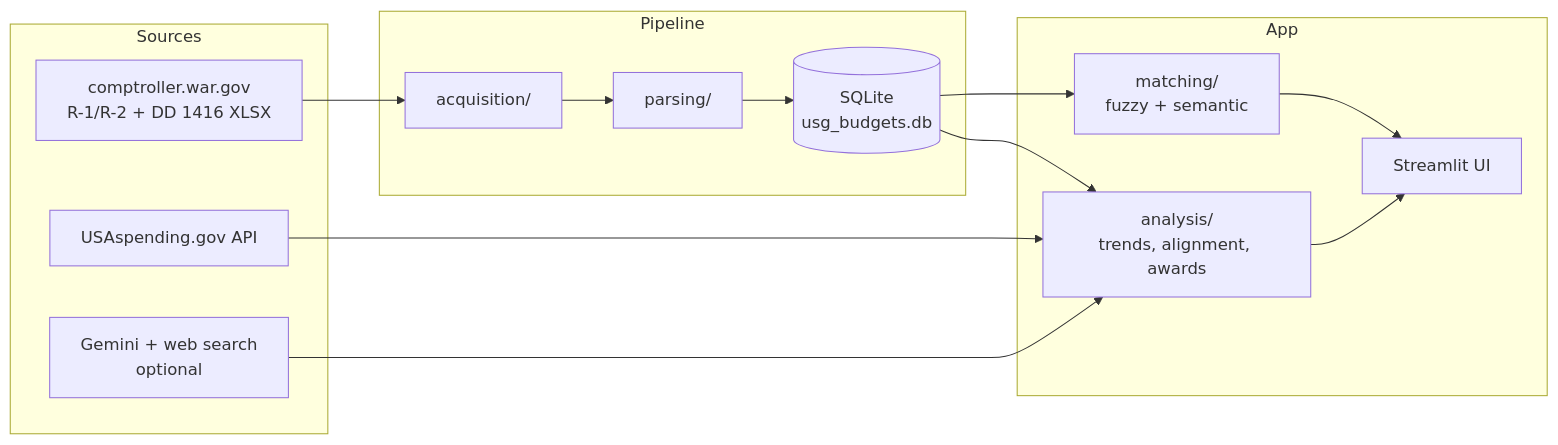
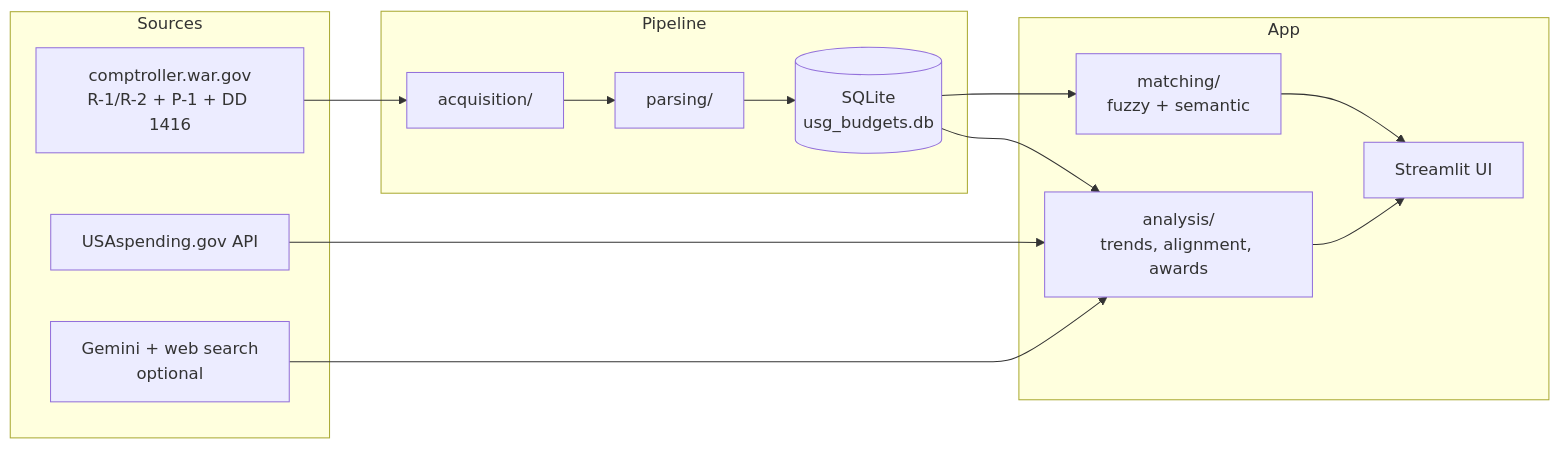
The diagram in README.md (the1quadfather/usg-budget-analyzer), drawn with Mermaid before and after one commit. The commit also changed other lines of this file and 1 other file, not shown here.

````diff
--- a/README.md
+++ b/README.md
@@ -28,22 +58,22 @@
 ```mermaid
 flowchart LR
     subgraph Sources
-        A[comptroller.war.gov<br/>R-1/R-2 + DD 1416 XLSX]
+        A[comptroller.war.gov<br/>R-1/R-2 + P-1 + DD 1416]
         B[USAspending.gov API]
         C[Gemini + web search<br/>optional]
     end
     subgraph Pipeline
         D[acquisition/] --> E[parsing/]
         E --> F[(SQLite<br/>usg_budgets.db)]
     end
     subgraph App
         G[matching/<br/>fuzzy + semantic]
         H[analysis/<br/>trends, alignment, awards]
         I[Streamlit UI]
     end
     A --> D
     F --> G --> I
     F --> H --> I
     B --> H
     C --> H
 ```
````
